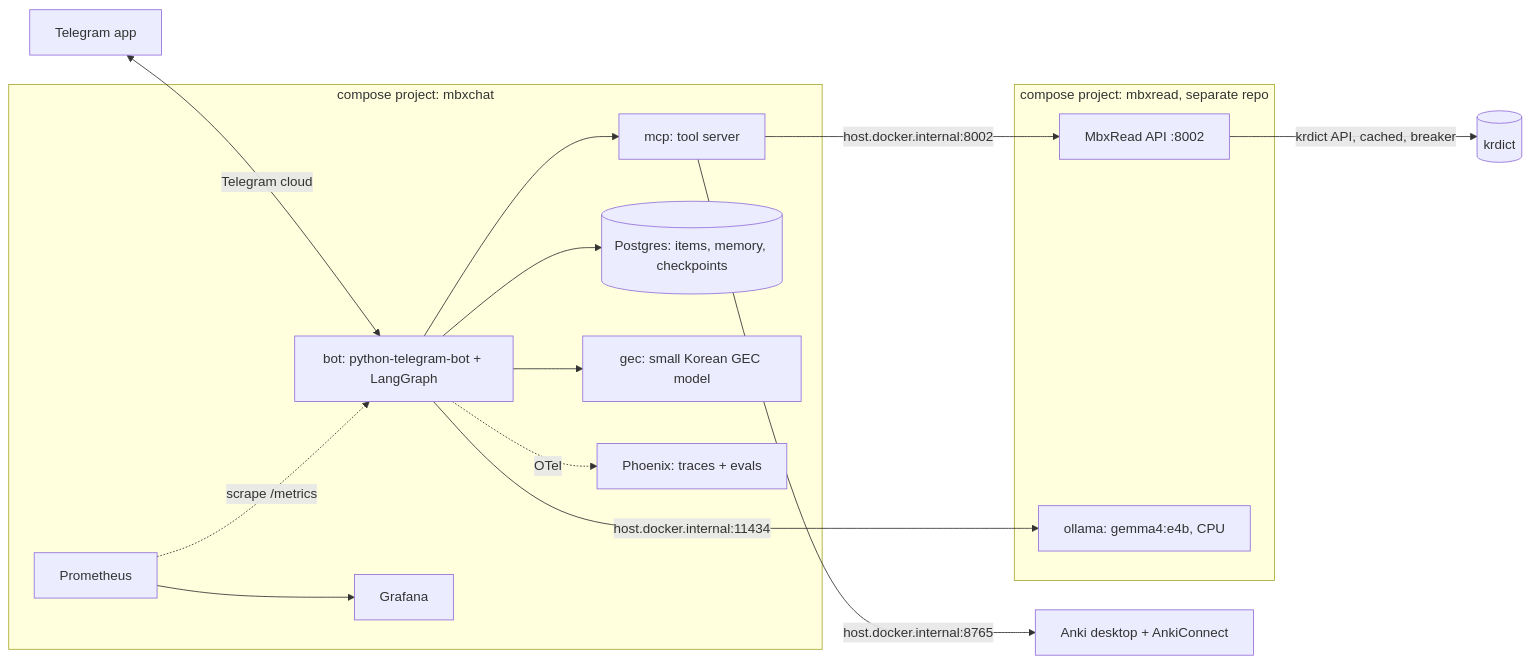
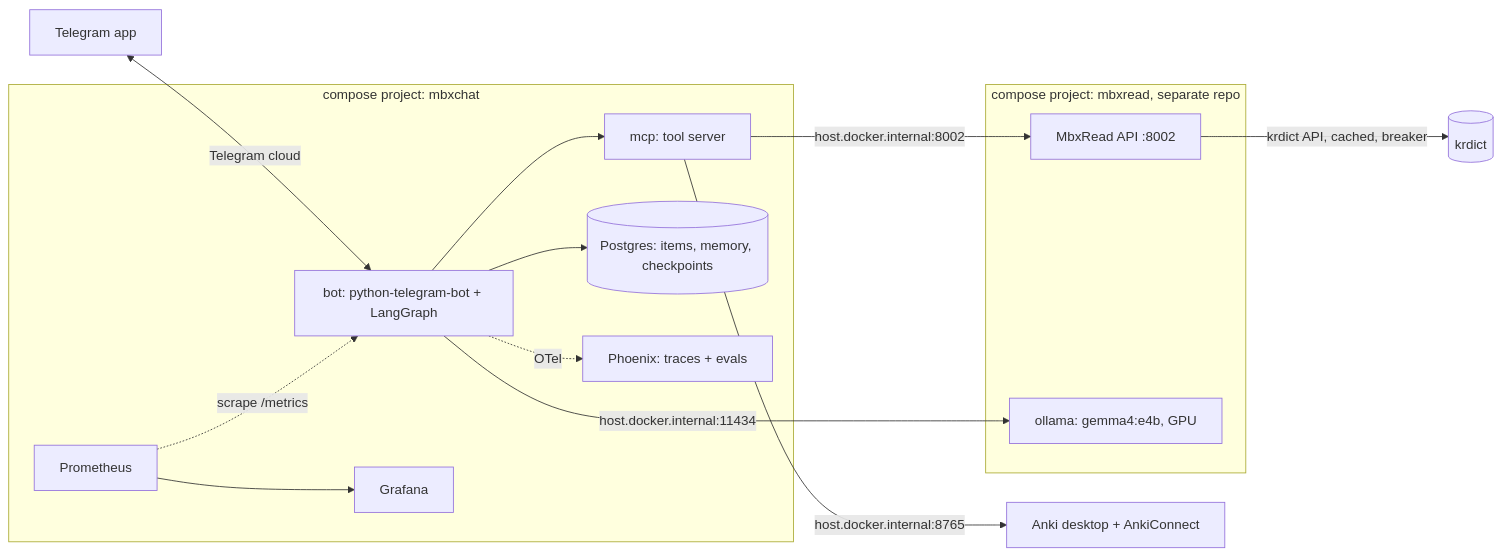
The diagram in docs/SPEC.md (miobix/MbxChat-public), drawn with Mermaid before and after one commit. The commit also changed other lines of this file and 3 other files, not shown here.

First line of the commit message:
Unit 6b: model eval, gemma kept for grading and capture

````diff
--- a/docs/SPEC.md
+++ b/docs/SPEC.md
@@ -29,25 +29,23 @@
 ```mermaid
 flowchart LR
   phone[Telegram app] <-->|Telegram cloud| bot
   subgraph mbxchat [compose project: mbxchat]
     bot[bot: python-telegram-bot + LangGraph]
     mcp[mcp: tool server]
     db[(Postgres: items, memory, checkpoints)]
-    gec[gec: small Korean GEC model]
     phoenix[Phoenix: traces + evals]
     prom[Prometheus] --> grafana[Grafana]
   end
   subgraph mbxread [compose project: mbxread, separate repo]
     reader[MbxRead API :8002]
-    llm[ollama: gemma4:e4b, CPU]
+    llm[ollama: gemma4:e4b, GPU]
   end
   bot --> mcp
   bot --> db
-  bot --> gec
   bot -->|host.docker.internal:11434| llm
   bot -.OTel.-> phoenix
   prom -.scrape /metrics.-> bot
   mcp -->|host.docker.internal:8002| reader
   reader -->|krdict API, cached, breaker| krdict[(krdict)]
   mcp -->|host.docker.internal:8765| anki[Anki desktop + AnkiConnect]
 ```
````
